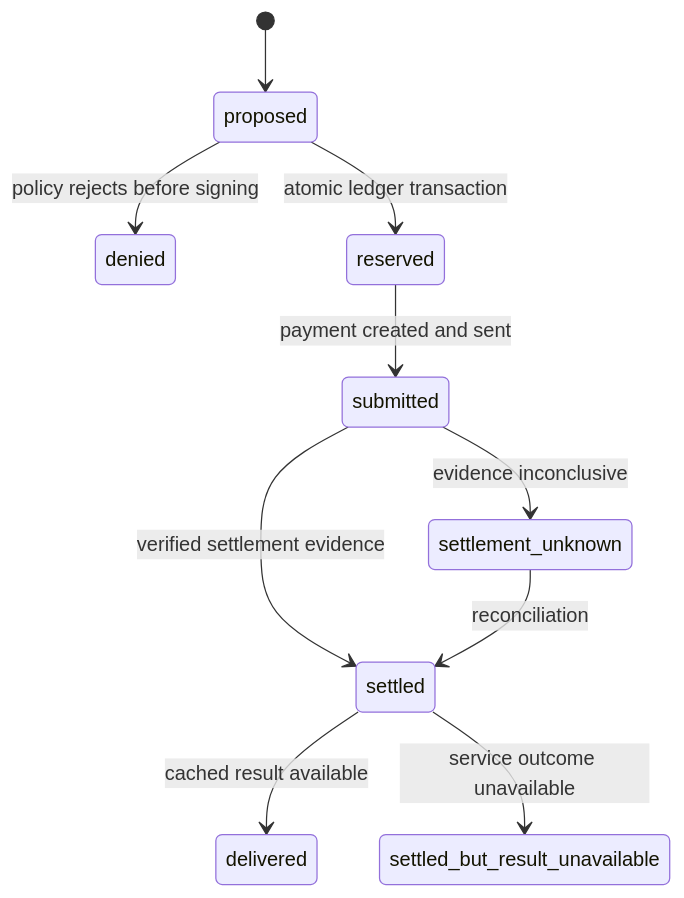
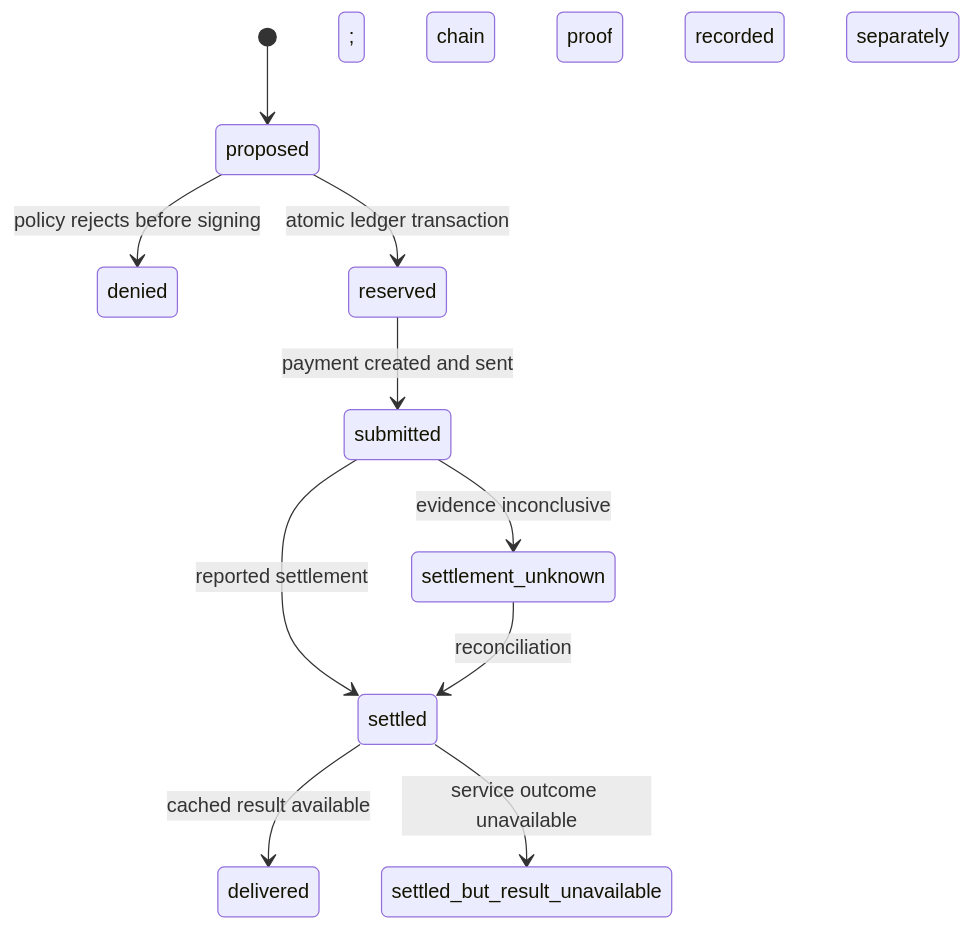
Before and after one commit to operatoruplift/allowance: the second of 2 diagrams in docs/architecture.md, drawn with Mermaid. The commit also changed other lines of this file and 115 other files, not shown here.

````diff
--- a/docs/architecture.md
+++ b/docs/architecture.md
@@ -46,12 +48,12 @@
 ```mermaid
 stateDiagram-v2
   [*] --> proposed
   proposed --> denied: policy rejects before signing
   proposed --> reserved: atomic ledger transaction
   reserved --> submitted: payment created and sent
   submitted --> settlement_unknown: evidence inconclusive
-  submitted --> settled: verified settlement evidence
+  submitted --> settled: reported settlement; chain proof recorded separately
   settlement_unknown --> settled: reconciliation
   settled --> delivered: cached result available
   settled --> settled_but_result_unavailable: service outcome unavailable
 ```
````
